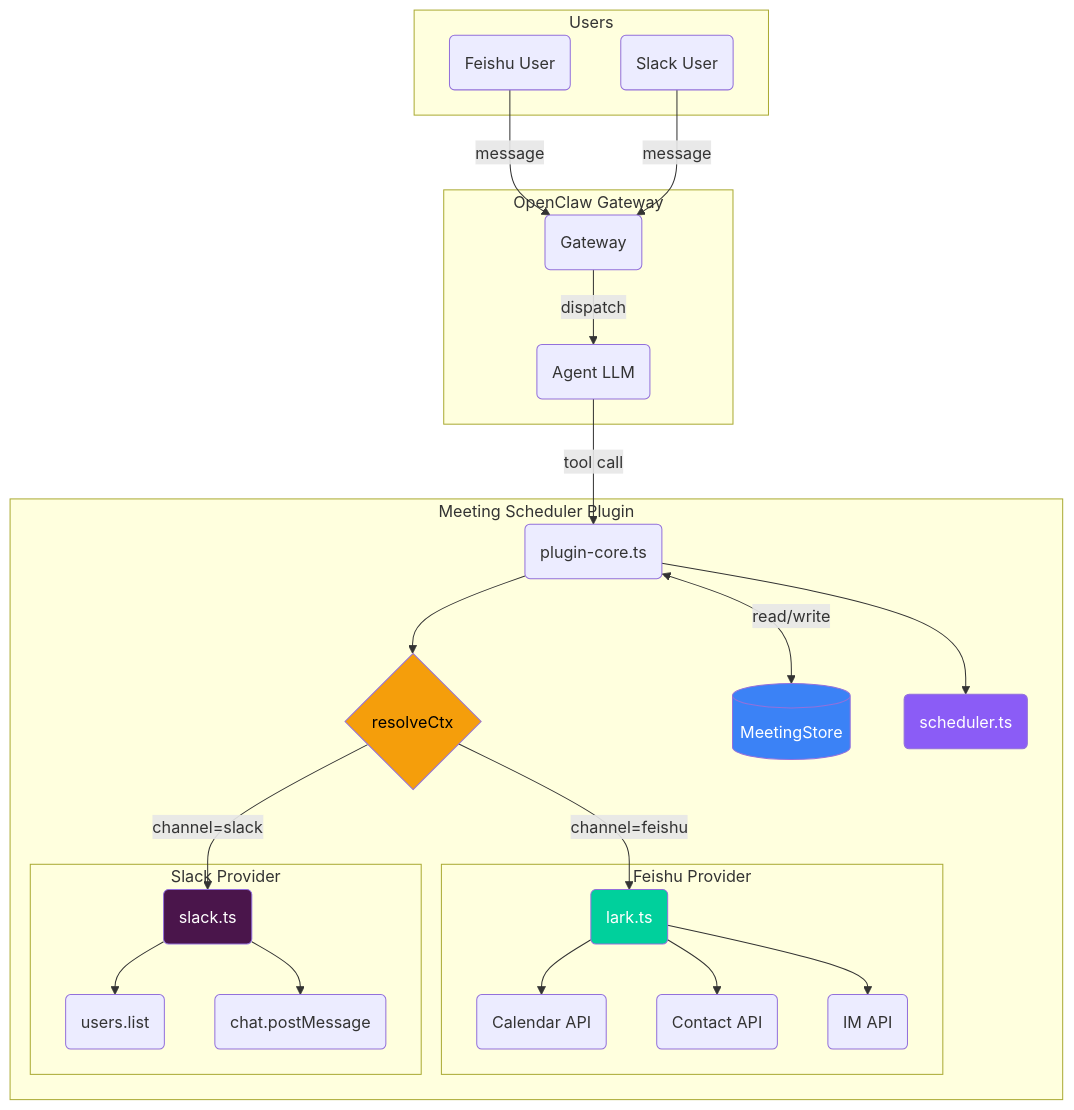
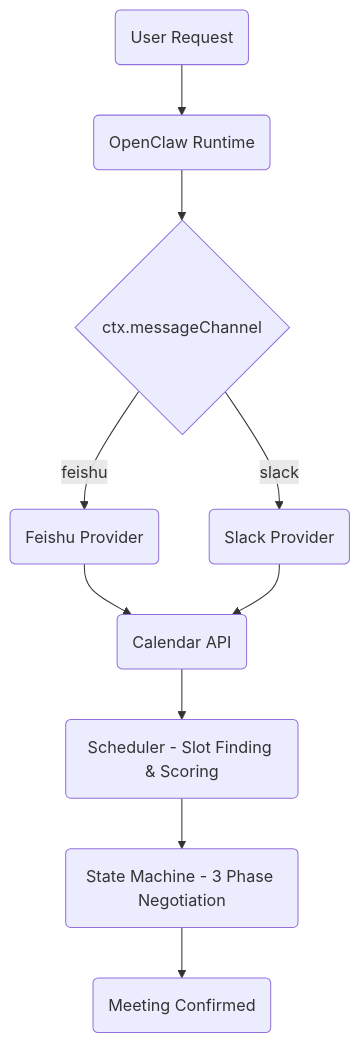
One commit to javana3/claw_meeting_all changed the first of 6 diagrams in README.md. Above: the diagram before and after it, drawn with Mermaid. The commit also changed other lines of this file and 11 other files, not shown here.

````diff
--- a/README.md
+++ b/README.md
@@ -38,54 +23,12 @@
 ```mermaid
-graph TB
-    subgraph Users
-        U1(Feishu User)
-        U2(Slack User)
-    end
-
-    subgraph OpenClaw Gateway
-        GW(Gateway)
-        AG(Agent LLM)
-    end
-
-    subgraph Meeting Scheduler Plugin
-        PC(plugin-core.ts)
-        RC{resolveCtx}
-        MS[(MeetingStore)]
-
-        subgraph Feishu Provider
-            LP(lark.ts)
-            LCAL(Calendar API)
-            LDIR(Contact API)
-            LDM(IM API)
-        end
-
-        subgraph Slack Provider
-            SP(slack.ts)
-            SDIR(users.list)
-            SDM(chat.postMessage)
-        end
-
-        SCH(scheduler.ts)
-    end
-
-    U1 -->|message| GW
-    U2 -->|message| GW
-    GW -->|dispatch| AG
-    AG -->|tool call| PC
-    PC --> RC
-    RC -->|channel=feishu| LP
-    RC -->|channel=slack| SP
-    LP --> LCAL
-    LP --> LDIR
-    LP --> LDM
-    SP --> SDIR
-    SP --> SDM
-    PC --> SCH
-    PC <-->|read/write| MS
-
-    style RC fill:#f59e0b,color:#000
-    style MS fill:#3b82f6,color:#fff
-    style LP fill:#00D09C,color:#fff
-    style SP fill:#4A154B,color:#fff
-    style SCH fill:#8b5cf6,color:#fff
+graph TD
+    A(User Request) --> B(OpenClaw Runtime)
+    B --> C{ctx.messageChannel}
+    C -->|feishu| D(Feishu Provider)
+    C -->|slack| E(Slack Provider)
+    D --> F(Calendar API)
+    E --> F
+    F --> G(Scheduler - Slot Finding & Scoring)
+    G --> H(State Machine - 3 Phase Negotiation)
+    H --> I(Meeting Confirmed)
 ```
````
